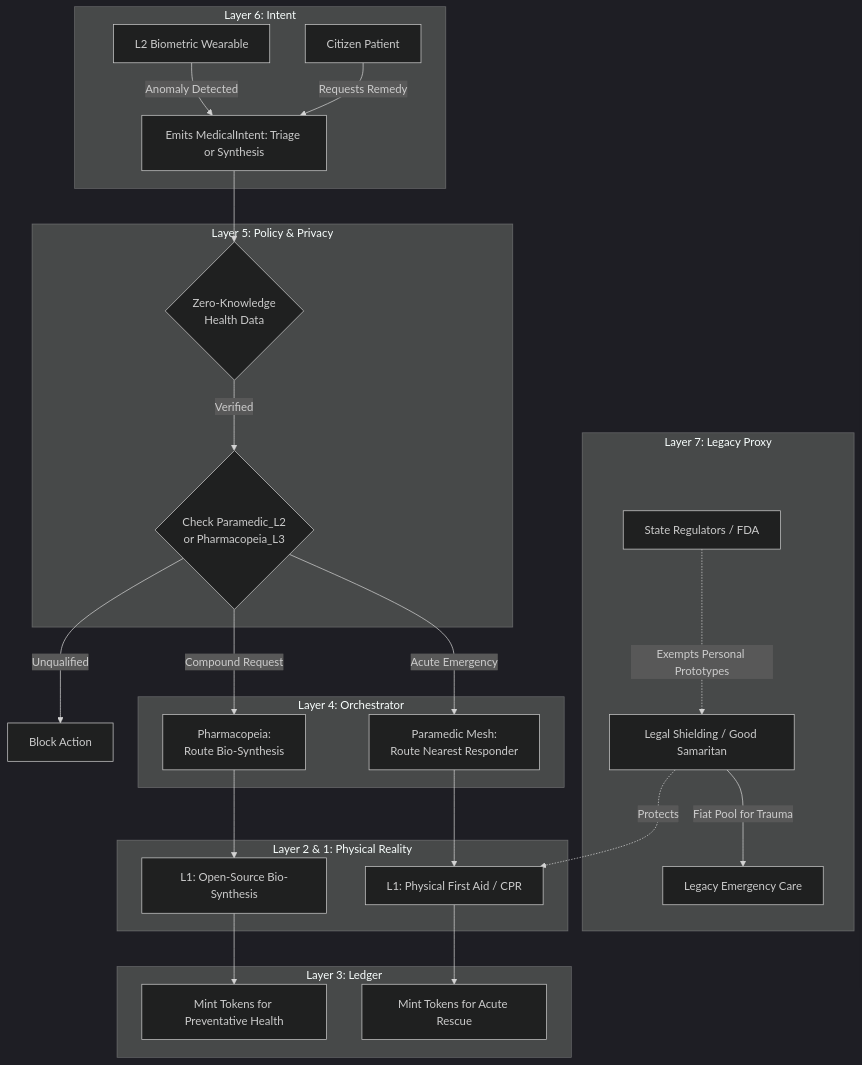
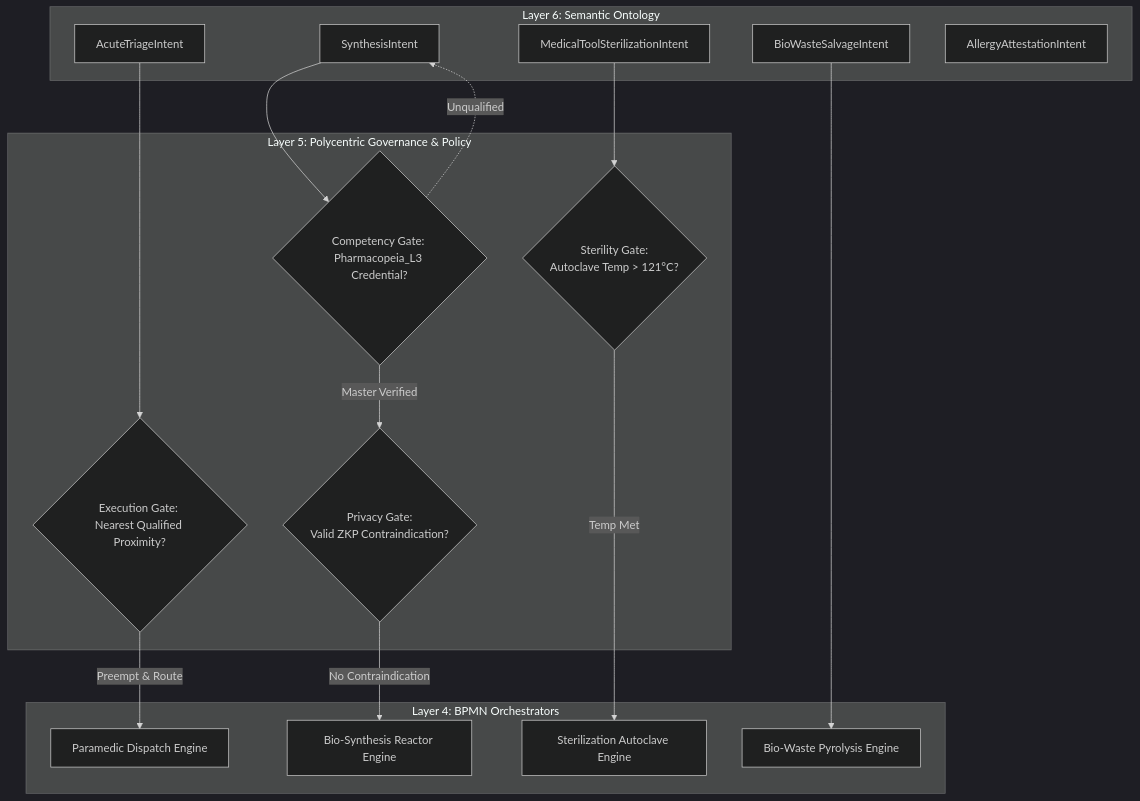
Before and after one commit to raffaine/collective: the third of 4 diagrams in docs/scenarios/chi_paramedic.md, drawn with Mermaid (dark theme). The commit also changed other lines of this file and 62 other files, not shown here.

First line of the commit message:
feat(sprint-1): Oasis V4 WebGPU Engine & Sovereign Stack V2 Architecture

````diff
--- a/docs/scenarios/chi_paramedic.md
+++ b/docs/scenarios/chi_paramedic.md
@@ -47,56 +118,37 @@
 ```mermaid
 graph TD
-    subgraph Layer 7: Legacy Proxy
-        Hospital[Legacy Emergency Care]
-        FDA[State Regulators / FDA]
-        SPC[Legal Shielding / Good Samaritan]
+    subgraph Layer 6: Semantic Ontology
+        L6_Triage[AcuteTriageIntent]
+        L6_Synth[SynthesisIntent]
+        L6_Sterile[MedicalToolSterilizationIntent]
+        L6_Waste[BioWasteSalvageIntent]
+        L6_Allergy[AllergyAttestationIntent]
     end
 
-    subgraph Layer 6: Intent
-        Wearable[L2 Biometric Wearable]
-        Citizen[Citizen Patient]
-        Intent[Emits MedicalIntent: Triage or Synthesis]
+    subgraph Layer 5: Polycentric Governance & Policy
+        P_Emg{Execution Gate: <br>Nearest Qualified Proximity?}
+        P_ZK{Privacy Gate: <br>Valid ZKP Contraindication?}
+        P_Skill{Competency Gate: <br>Pharmacopeia_L3 Credential?}
+        P_Auto{Sterility Gate: <br>Autoclave Temp > 121°C?}
     end
 
-    subgraph Layer 5: Policy & Privacy
-        ZK_Privacy{Zero-Knowledge <br> Health Data}
-        SkillGate{Check Paramedic_L2 <br> or Pharmacopeia_L3}
+    subgraph Layer 4: BPMN Orchestrators
+        BPMN_Dispatch[Paramedic Dispatch Engine]
+        BPMN_Lab[Bio-Synthesis Reactor Engine]
+        BPMN_Clean[Sterilization Autoclave Engine]
+        BPMN_Mu[Bio-Waste Pyrolysis Engine]
     end
 
-    subgraph Layer 4: Orchestrator
-        Dispatch[Paramedic Mesh: <br> Route Nearest Responder]
-        FabQueue[Pharmacopeia: <br> Route Bio-Synthesis]
-    end
+    L6_Triage --> P_Emg
+    P_Emg -->|Preempt & Route| BPMN_Dispatch
 
-    subgraph Layer 3: Ledger
-        MintHeroic[Mint Tokens for Acute Rescue]
-        MintPreventative[Mint Tokens for Preventative Health]
-    end
+    L6_Synth --> P_Skill
+    P_Skill -->|Master Verified| P_ZK
+    P_ZK -->|No Contraindication| BPMN_Lab
+    P_Skill -.->|Unqualified| L6_Synth
 
-    subgraph Layer 2 & 1: Physical Reality
-        L1_Triage[L1: Physical First Aid / CPR]
-        L1_Synthesis[L1: Open-Source Bio-Synthesis]
-    end
+    L6_Sterile --> P_Auto
+    P_Auto -->|Temp Met| BPMN_Clean
 
-    %% Legacy Flow
-    SPC -->|Fiat Pool for Trauma| Hospital
-    FDA -.->|Exempts Personal Prototypes| SPC
-    SPC -.->|Protects| L1_Triage
-
-    %% Intent & Privacy Flow
-    Wearable -->|Anomaly Detected| Intent
-    Citizen -->|Requests Remedy| Intent
-    Intent --> ZK_Privacy
-    ZK_Privacy -->|Verified| SkillGate
-    
-    %% Routing
-    SkillGate -->|Acute Emergency| Dispatch
-    SkillGate -->|Compound Request| FabQueue
-    SkillGate -->|Unqualified| Reject[Block Action]
-    
-    Dispatch --> L1_Triage
-    FabQueue --> L1_Synthesis
-    
-    L1_Triage --> MintHeroic
-    L1_Synthesis --> MintPreventative
+    L6_Waste --> BPMN_Mu
 ```
````
